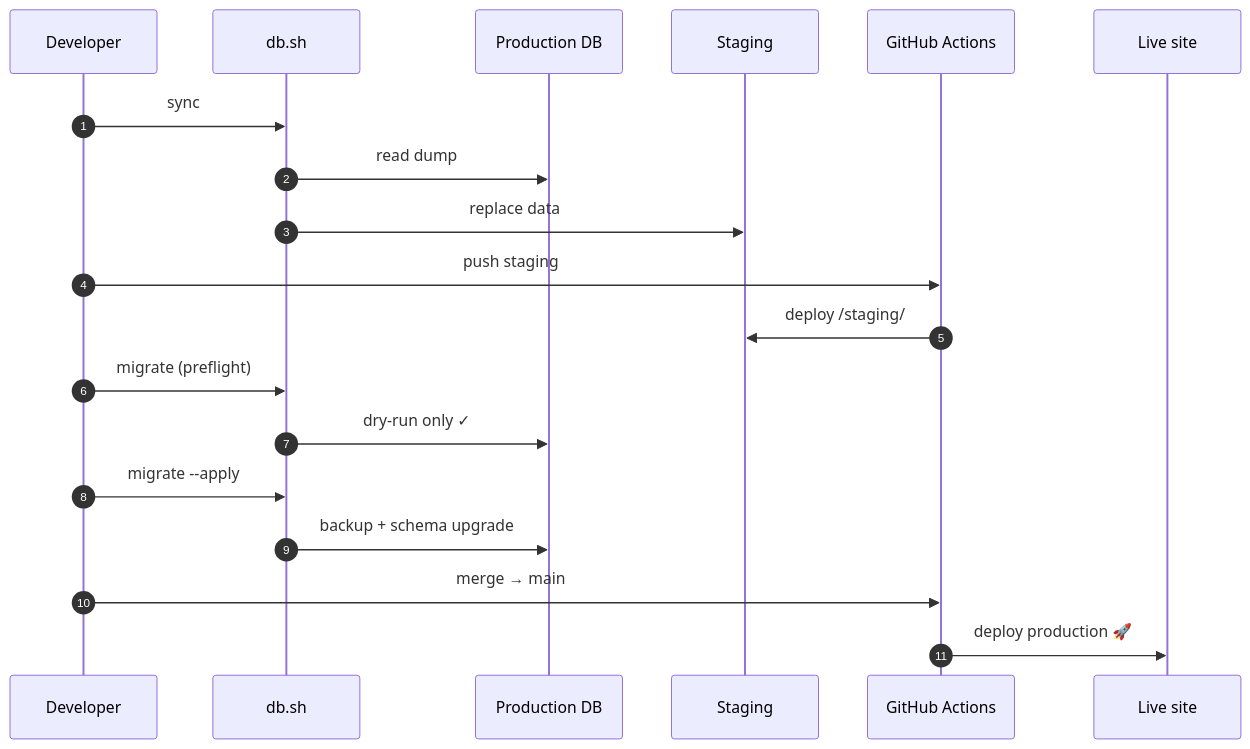
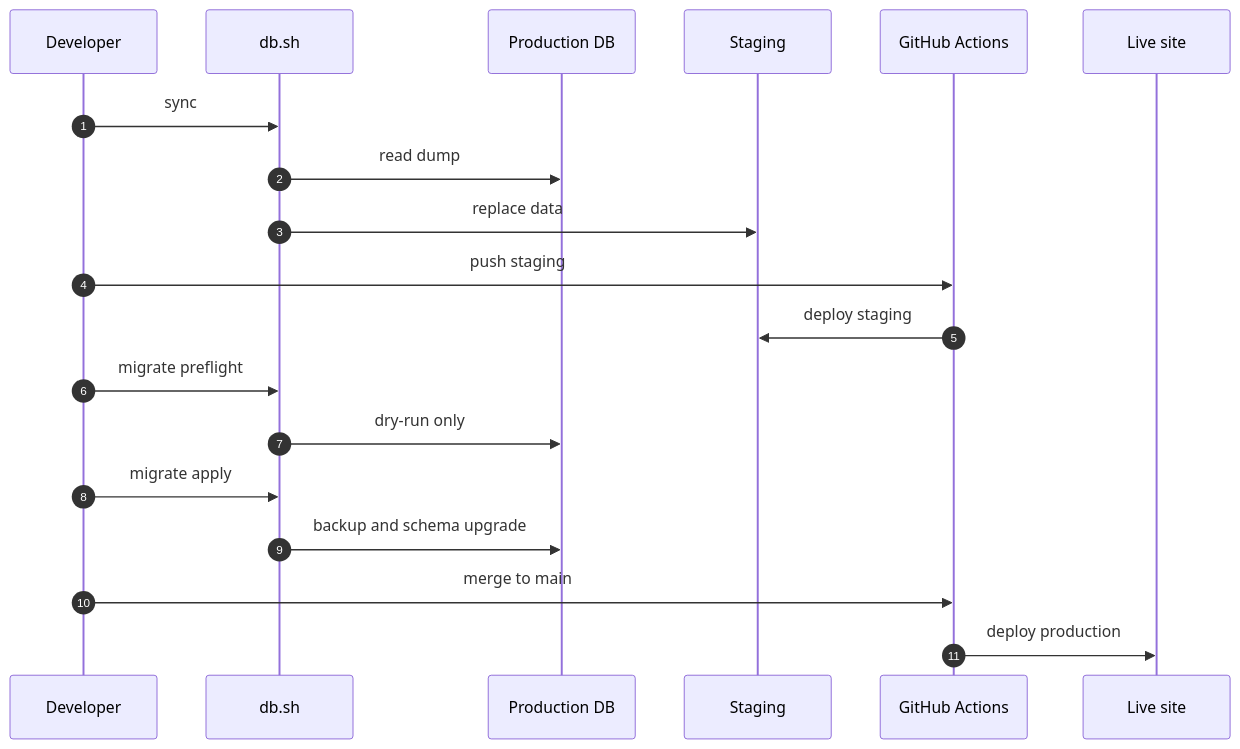
Before and after one commit to fnsventures/petrolpump: the fifth of 7 diagrams in docs/README.md, drawn with Mermaid. The commit also changed other lines of this file and 3 other files, not shown here.

````diff
--- a/docs/README.md
+++ b/docs/README.md
@@ -315,22 +295,22 @@
 ```mermaid
 sequenceDiagram
   autonumber
   participant Dev as Developer
   participant Script as db.sh
   participant Prod as Production DB
   participant Stg as Staging
   participant GH as GitHub Actions
   participant Live as Live site
 
   Dev->>Script: sync
   Script->>Prod: read dump
   Script->>Stg: replace data
   Dev->>GH: push staging
-  GH->>Stg: deploy /staging/
-  Dev->>Script: migrate (preflight)
-  Script->>Prod: dry-run only ✓
-  Dev->>Script: migrate --apply
-  Script->>Prod: backup + schema upgrade
-  Dev->>GH: merge → main
-  GH->>Live: deploy production 🚀
+  GH->>Stg: deploy staging
+  Dev->>Script: migrate preflight
+  Script->>Prod: dry-run only
+  Dev->>Script: migrate apply
+  Script->>Prod: backup and schema upgrade
+  Dev->>GH: merge to main
+  GH->>Live: deploy production
 ```
````
